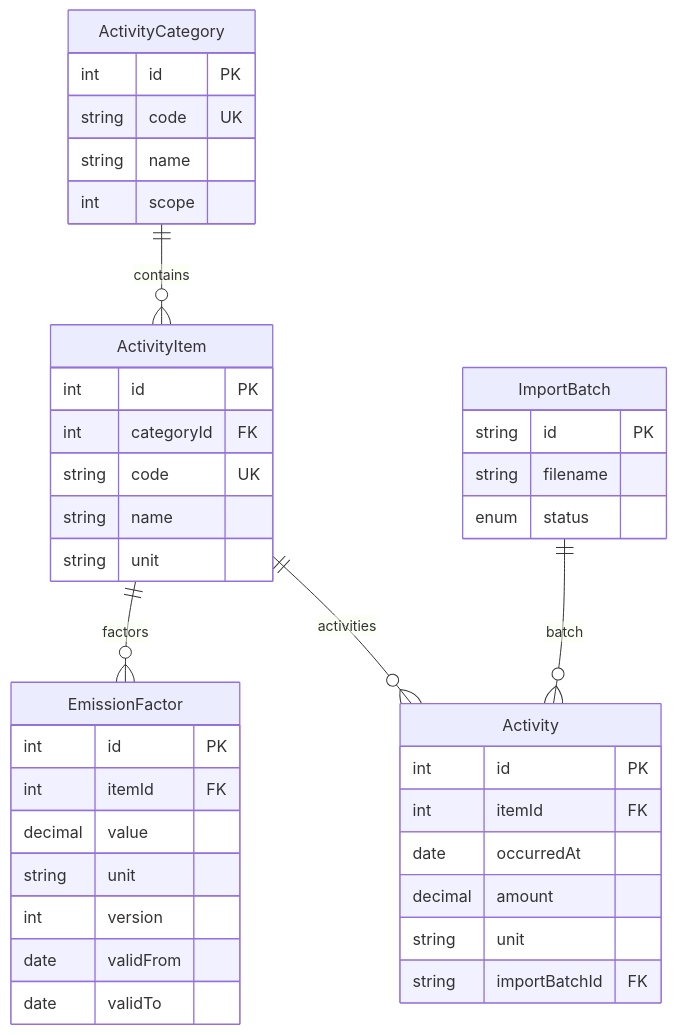
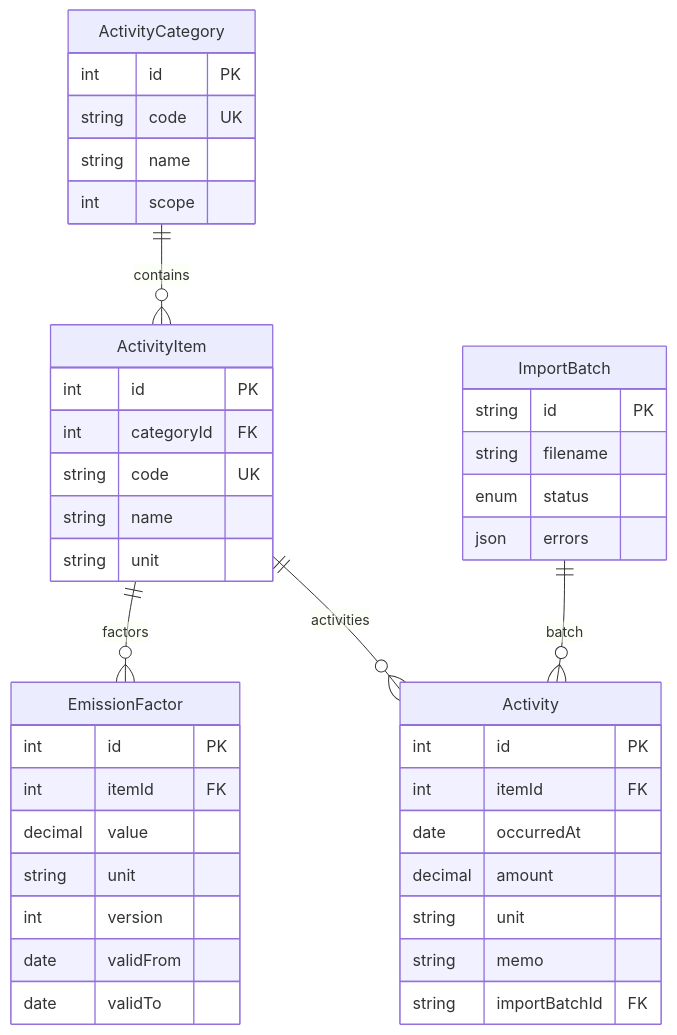
Before and after one commit to limshyun/pcf-dashboard: the diagram in README.md, drawn with Mermaid. The commit also changed other lines of this file and 2 other files, not shown here.

````diff
--- a/README.md
+++ b/README.md
@@ -102,43 +178,45 @@
 ```mermaid
 erDiagram
   ActivityCategory ||--o{ ActivityItem : contains
   ActivityItem ||--o{ EmissionFactor : factors
   ActivityItem ||--o{ Activity : activities
   ImportBatch ||--o{ Activity : batch
 
   ActivityCategory {
     int id PK
     string code UK
     string name
     int scope
   }
   ActivityItem {
     int id PK
     int categoryId FK
     string code UK
     string name
     string unit
   }
   EmissionFactor {
     int id PK
     int itemId FK
     decimal value
     string unit
     int version
     date validFrom
     date validTo
   }
   Activity {
     int id PK
     int itemId FK
     date occurredAt
     decimal amount
     string unit
+    string memo
     string importBatchId FK
   }
   ImportBatch {
     string id PK
     string filename
     enum status
+    json errors
   }
 ```
````
